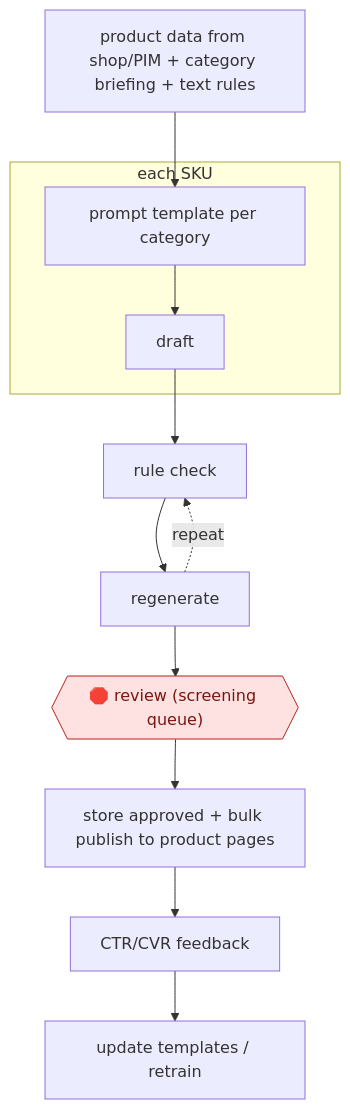
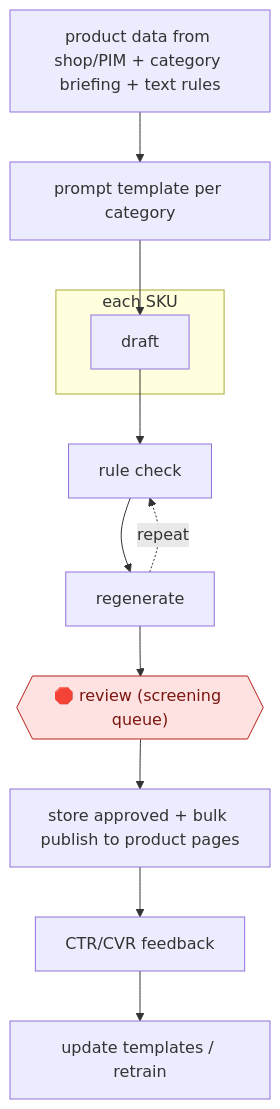
The diagram in workflows/COM/RET/CATALOG/catalog-copy-factory/README.md (milesradford99/agent-workflow-atlas), drawn with Mermaid before and after one commit. The commit also changed other lines of this file and 171 other files, not shown here.

````diff
--- a/workflows/COM/RET/CATALOG/catalog-copy-factory/README.md
+++ b/workflows/COM/RET/CATALOG/catalog-copy-factory/README.md
@@ -31,24 +31,24 @@
 ```mermaid
 flowchart TD
   n1["product data from shop/PIM + category briefing + text rules"]
   n2["prompt template per category"]
-  n1 --> n2
   subgraph s3["each SKU"]
   n4["draft"]
-  n2 --> n4
   end
   n5["rule check"]
+  n6["regenerate"]
+  n7{{"🛑 review (screening queue)"}}:::stop
+  n8["store approved + bulk publish to product pages"]
+  n9["CTR/CVR feedback"]
+  n10["update templates / retrain"]
+  n1 --> n2
+  n2 --> n4
   n4 --> n5
-  n6["regenerate"]
   n5 --> n6
   n6 -.->|repeat| n5
-  n7{{"🛑 review (screening queue)"}}:::stop
   n6 --> n7
-  n8["store approved + bulk publish to product pages"]
   n7 --> n8
-  n9["CTR/CVR feedback"]
   n8 --> n9
-  n10["update templates / retrain"]
   n9 --> n10
   classDef stop fill:#fde2e1,stroke:#b42318,color:#7a1610
 ```
````
